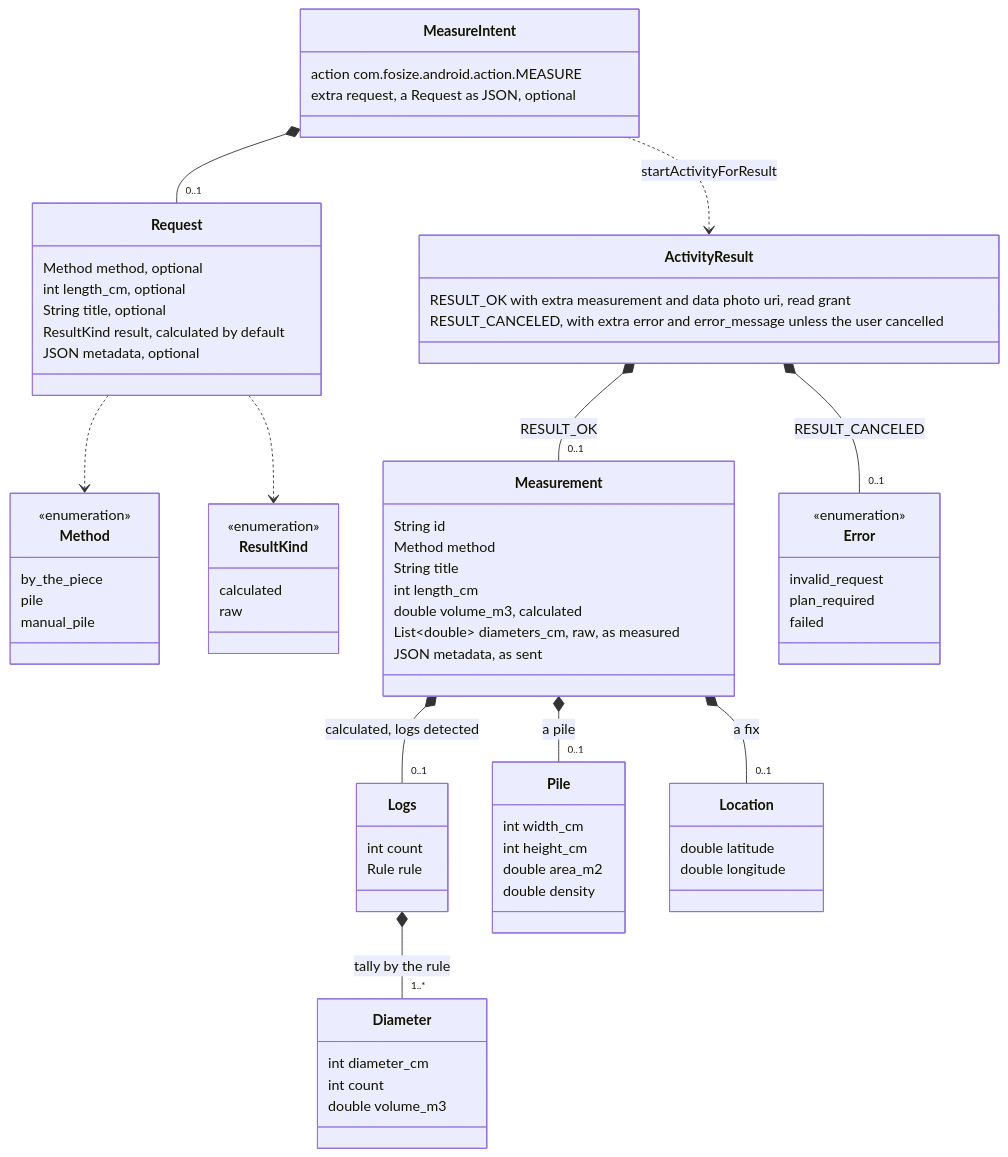
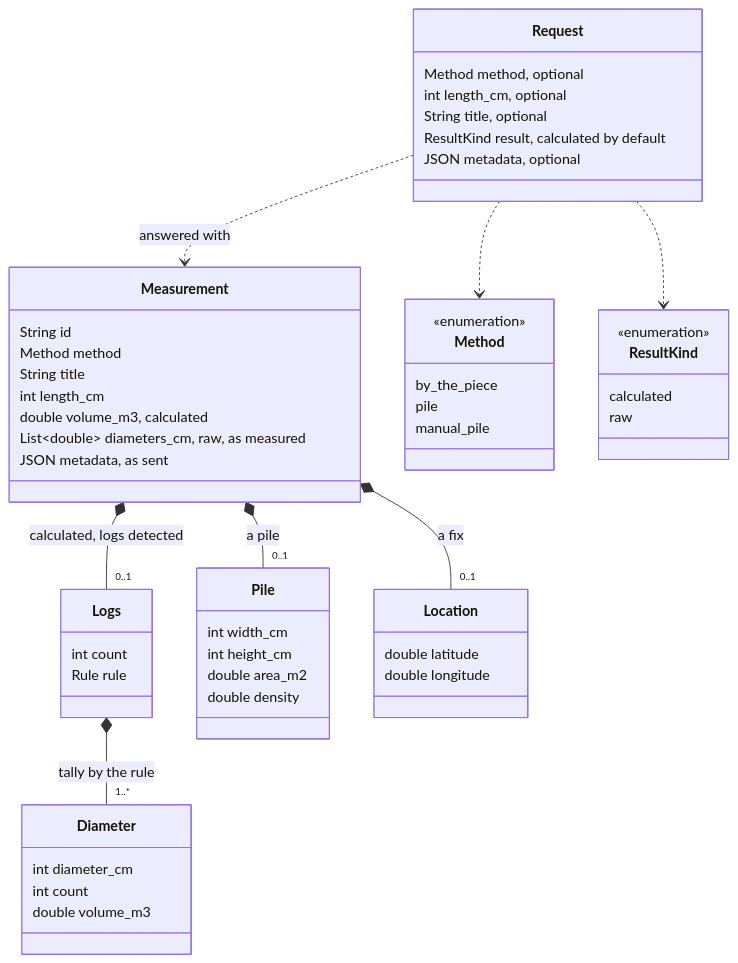
One commit to Logsizer-Pro/logsizer-api-caller changed the diagram in README.md. Above: the diagram before and after it, drawn with Mermaid.

Commit message:
README: the class diagram holds the DTOs alone
The request, the measurement and its parts, and the enumerations their fields take —
the intent and the activity result are the transport, not the data, and left the
diagram with the error codes.

````diff
--- a/README.md
+++ b/README.md
@@ -14,73 +14,56 @@
 ```mermaid
 classDiagram
-    class MeasureIntent {
-        action com.fosize.android.action.MEASURE
-        extra request, a Request as JSON, optional
-    }
     class Request {
         Method method, optional
         int length_cm, optional
         String title, optional
         ResultKind result, calculated by default
         JSON metadata, optional
-    }
-    class ActivityResult {
-        RESULT_OK with extra measurement and data photo uri, read grant
-        RESULT_CANCELED, with extra error and error_message unless the user cancelled
     }
     class Measurement {
         String id
         Method method
         String title
         int length_cm
         double volume_m3, calculated
         List~double~ diameters_cm, raw, as measured
         JSON metadata, as sent
     }
     class Logs {
         int count
         Rule rule
     }
     class Diameter {
         int diameter_cm
         int count
         double volume_m3
     }
     class Pile {
         int width_cm
         int height_cm
         double area_m2
         double density
     }
     class Location {
         double latitude
         double longitude
     }
     class Method {
         <<enumeration>>
         by_the_piece
         pile
         manual_pile
     }
     class ResultKind {
         <<enumeration>>
         calculated
         raw
     }
-    class Error {
-        <<enumeration>>
-        invalid_request
-        plan_required
-        failed
-    }
-    MeasureIntent *-- "0..1" Request
-    MeasureIntent ..> ActivityResult : startActivityForResult
-    ActivityResult *-- "0..1" Measurement : RESULT_OK
-    ActivityResult *-- "0..1" Error : RESULT_CANCELED
+    Request ..> Measurement : answered with
     Measurement *-- "0..1" Logs : calculated, logs detected
     Logs *-- "1..*" Diameter : tally by the rule
     Measurement *-- "0..1" Pile : a pile
     Measurement *-- "0..1" Location : a fix
     Request ..> Method
     Request ..> ResultKind
 ```
````
